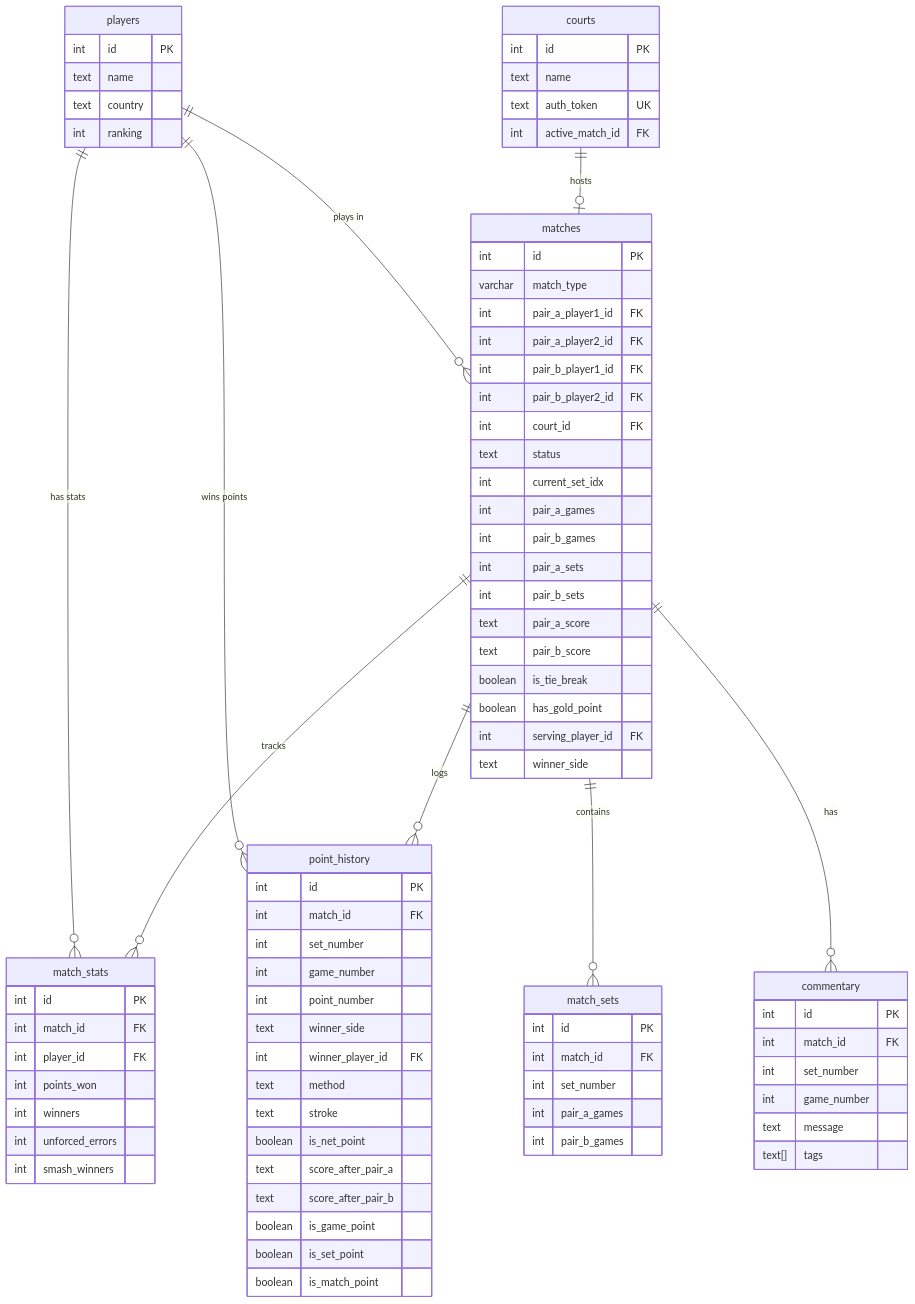
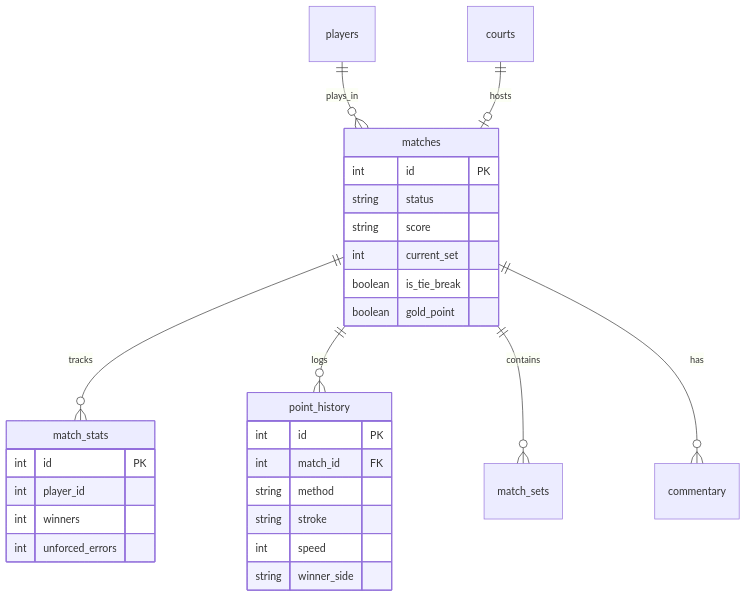
Before and after one commit to samuhlo-training/padel-counters: the seventh of 7 diagrams in docs/CURRENT_STATE_DOCS.md, drawn with Mermaid. The commit also changed other lines of this file and 21 other files, not shown here.

Commit message:
feat: Implement a match simulator, enhance match management with filtering and status, refine padel scoring logic, and update project documentation and identity.

````diff
--- a/docs/CURRENT_STATE_DOCS.md
+++ b/docs/CURRENT_STATE_DOCS.md
@@ -294,94 +227,34 @@
 ```mermaid
 erDiagram
-    players ||--o{ matches : "plays in"
-    players ||--o{ match_stats : "has stats"
-    players ||--o{ point_history : "wins points"
-    
+    players ||--o{ matches : "plays_in"
     matches ||--o{ match_stats : "tracks"
     matches ||--o{ point_history : "logs"
     matches ||--o{ match_sets : "contains"
     matches ||--o{ commentary : "has"
-    
     courts ||--o| matches : "hosts"
-
-    players {
-        int id PK
-        text name
-        text country
-        int ranking
-    }
 
     matches {
         int id PK
-        varchar match_type
-        int pair_a_player1_id FK
-        int pair_a_player2_id FK
-        int pair_b_player1_id FK
-        int pair_b_player2_id FK
-        int court_id FK
-        text status
-        int current_set_idx
-        int pair_a_games
-        int pair_b_games
-        int pair_a_sets
-        int pair_b_sets
-        text pair_a_score
-        text pair_b_score
+        string status
+        string score
+        int current_set
         boolean is_tie_break
-        boolean has_gold_point
-        int serving_player_id FK
-        text winner_side
-    }
-
-    courts {
-        int id PK
-        text name
-        text auth_token UK
-        int active_match_id FK
-    }
-
-    match_stats {
-        int id PK
-        int match_id FK
-        int player_id FK
-        int points_won
-        int winners
-        int unforced_errors
-        int smash_winners
+        boolean gold_point
     }
 
     point_history {
         int id PK
         int match_id FK
-        int set_number
-        int game_number
-        int point_number
-        text winner_side
-        int winner_player_id FK
-        text method
-        text stroke
-        boolean is_net_point
-        text score_after_pair_a
-        text score_after_pair_b
-        boolean is_game_point
-        boolean is_set_point
-        boolean is_match_point
+        string method
+        string stroke
+        int speed
+        string winner_side
     }
 
-    match_sets {
+    match_stats {
         int id PK
-        int match_id FK
-        int set_number
-        int pair_a_games
-        int pair_b_games
-    }
-
-    commentary {
-        int id PK
-        int match_id FK
-        int set_number
-        int game_number
-        text message
-        text[] tags
+        int player_id
+        int winners
+        int unforced_errors
     }
 ```
````
